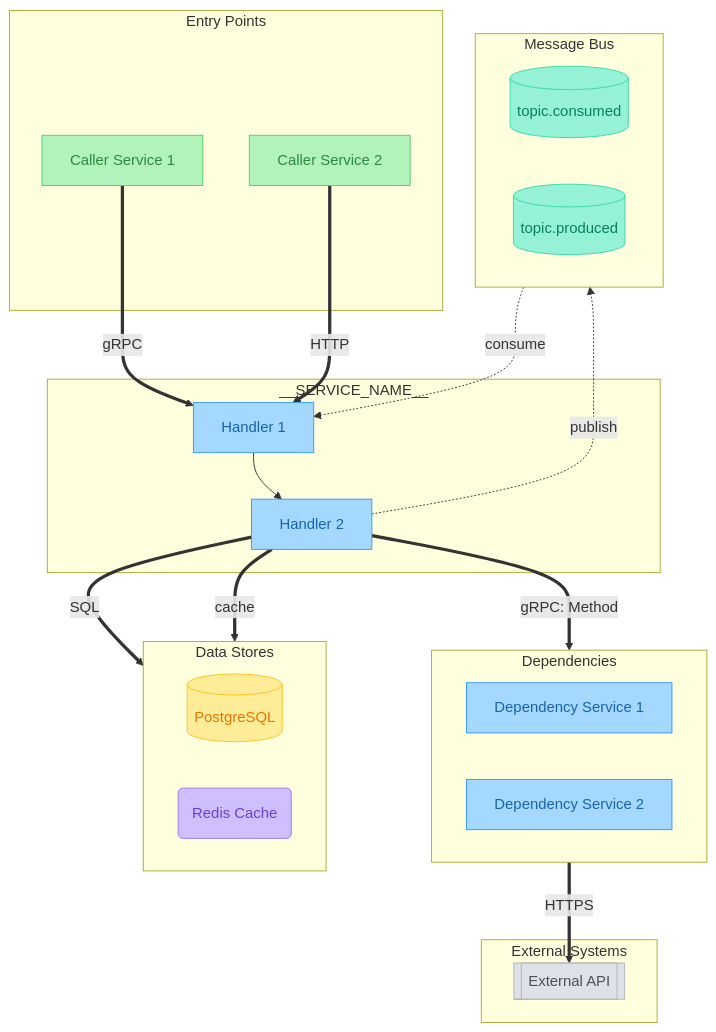
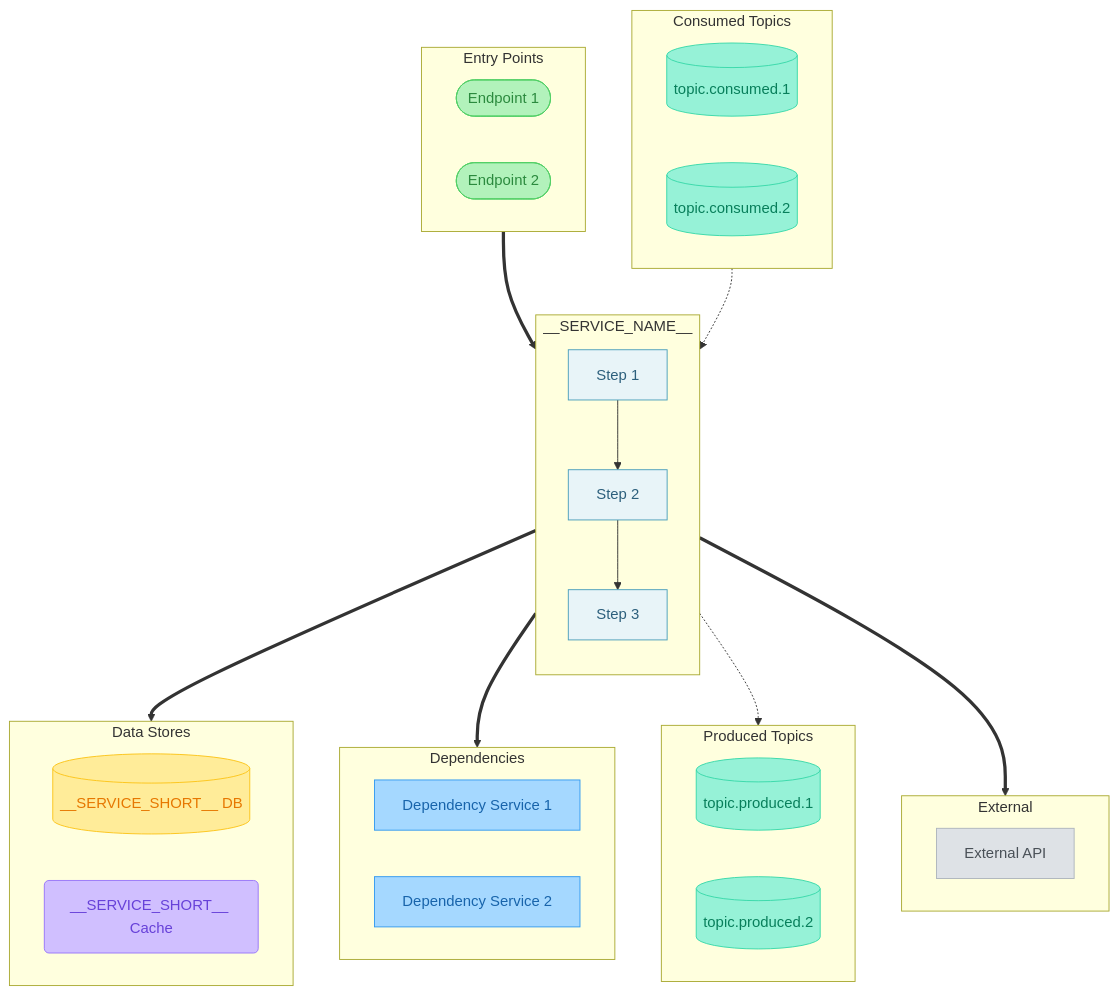
One commit to selimabeniacar/gemini-skills changed the diagram in templates/diagram-template.md. Above: the diagram before and after it, drawn with Mermaid. The commit also changed other lines of this file and 1 other file, not shown here.

Commit message:
examples

````diff
--- a/templates/diagram-template.md
+++ b/templates/diagram-template.md
@@ -10,7 +10,7 @@
 ```mermaid
 flowchart TD
     %% ========================================
-    %% Style Definitions (muted, professional colors)
+    %% Style Definitions
     %% ========================================
     classDef service fill:#a5d8ff,stroke:#339af0,color:#1864ab
     classDef entry fill:#b2f2bb,stroke:#51cf66,color:#2b8a3e
@@ -18,88 +18,85 @@
     classDef database fill:#ffec99,stroke:#fcc419,color:#e67700
     classDef cache fill:#d0bfff,stroke:#9775fa,color:#6741d9
     classDef external fill:#dee2e6,stroke:#adb5bd,color:#495057
+    classDef step fill:#e8f4f8,stroke:#4a9ebb,color:#2c5f7c
 
     %% ========================================
-    %% Entry Points (TOP) - services that call this one
-    %% Replace with actual caller services
+    %% Entry Points — the service's own endpoints
     %% ========================================
     subgraph entry ["Entry Points"]
-        E1[Caller Service 1]
-        E2[Caller Service 2]
+        E1([Endpoint 1])
+        E2([Endpoint 2])
     end
 
     %% ========================================
-    %% Target Service - the service being documented
-    %% Replace with actual handlers/components
+    %% Target Service — with internal steps if present
     %% ========================================
     subgraph target ["__SERVICE_NAME__"]
-        T1[Handler 1]
-        T2[Handler 2]
+        direction TB
+        S1_step1[Step 1] --> S1_step2[Step 2]
+        S1_step2 --> S1_step3[Step 3]
     end
 
     %% ========================================
-    %% Dependencies - services this one calls
-    %% Use direction LR to spread horizontally
+    %% Dependencies — gRPC/HTTP services this one calls
+    %% Group by service context, max 4 per subgroup
     %% ========================================
     subgraph deps ["Dependencies"]
-        direction LR
         D1[Dependency Service 1]
         D2[Dependency Service 2]
     end
 
     %% ========================================
-    %% Message Bus - Kafka topics
-    %% Use cylinder shape: [(topic.name)]
+    %% Data Stores — this service's database + cache
+    %% Use logical names (e.g., "Order DB"), NOT technology names
     %% ========================================
-    subgraph kafka ["Message Bus"]
-        direction LR
-        K1[(topic.consumed)]
-        K2[(topic.produced)]
+    subgraph data ["Data Stores"]
+        DB1[(__SERVICE_SHORT__ DB)]
+        C1(__SERVICE_SHORT__ Cache)
     end
 
     %% ========================================
-    %% Data Stores - databases and caches
-    %% Database: [(Name)], Cache: (Name)
+    %% Consumed Topics — Kafka topics this service consumes
     %% ========================================
-    subgraph data ["Data Stores"]
-        direction LR
-        DB1[(PostgreSQL)]
-        C1(Redis Cache)
+    subgraph kafka-in ["Consumed Topics"]
+        KI1[(topic.consumed.1)]
+        KI2[(topic.consumed.2)]
     end
 
     %% ========================================
-    %% External Systems (BOTTOM)
-    %% Use double brackets: [[Name]]
+    %% Produced Topics — Kafka topics this service produces
     %% ========================================
-    subgraph ext ["External Systems"]
-        X1[[External API]]
+    subgraph kafka-out ["Produced Topics"]
+        KO1[(topic.produced.1)]
+        KO2[(topic.produced.2)]
     end
 
     %% ========================================
-    %% Sync Connections - use ==> for gRPC/HTTP/SQL
+    %% External Systems — third-party APIs
     %% ========================================
-    E1 ==>|gRPC| T1
-    E2 ==>|HTTP| T1
-    T1 --> T2
-    T2 ==>|gRPC: Method| D1
-    T2 ==>|SQL| DB1
-    T2 ==>|cache| C1
-    D1 ==>|HTTPS| X1
+    subgraph ext ["External"]
+        X1[External API]
+    end
 
     %% ========================================
-    %% Async Connections - use -.-> for Kafka
+    %% Arrows — to SUBGROUPS, not individual nodes
+    %% One arrow per subgroup, never per node inside
     %% ========================================
-    K1 -.->|consume| T1
-    T2 -.->|publish| K2
+    entry ==> target
+    kafka-in -.-> target
+    S1_step2 ==> data
+    S1_step2 ==> deps
+    S1_step3 -.-> kafka-out
+    S1_step3 ==> ext
 
     %% ========================================
-    %% Apply Styles (list all node IDs)
+    %% Apply Styles
     %% ========================================
     class E1,E2 entry
-    class T1,T2 service
+    class S1_step1,S1_step2,S1_step3 step
     class D1,D2 service
-    class K1,K2 kafka
     class DB1 database
     class C1 cache
+    class KI1,KI2,KO1,KO2 kafka
     class X1 external
 ```
````
